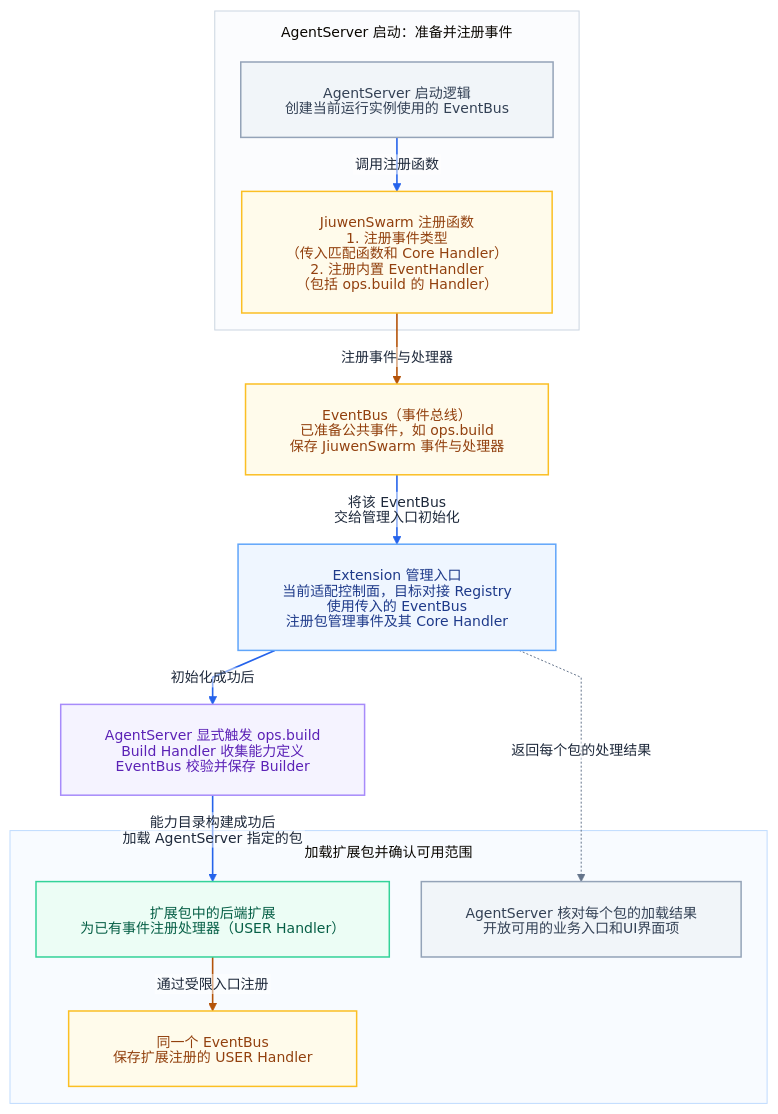
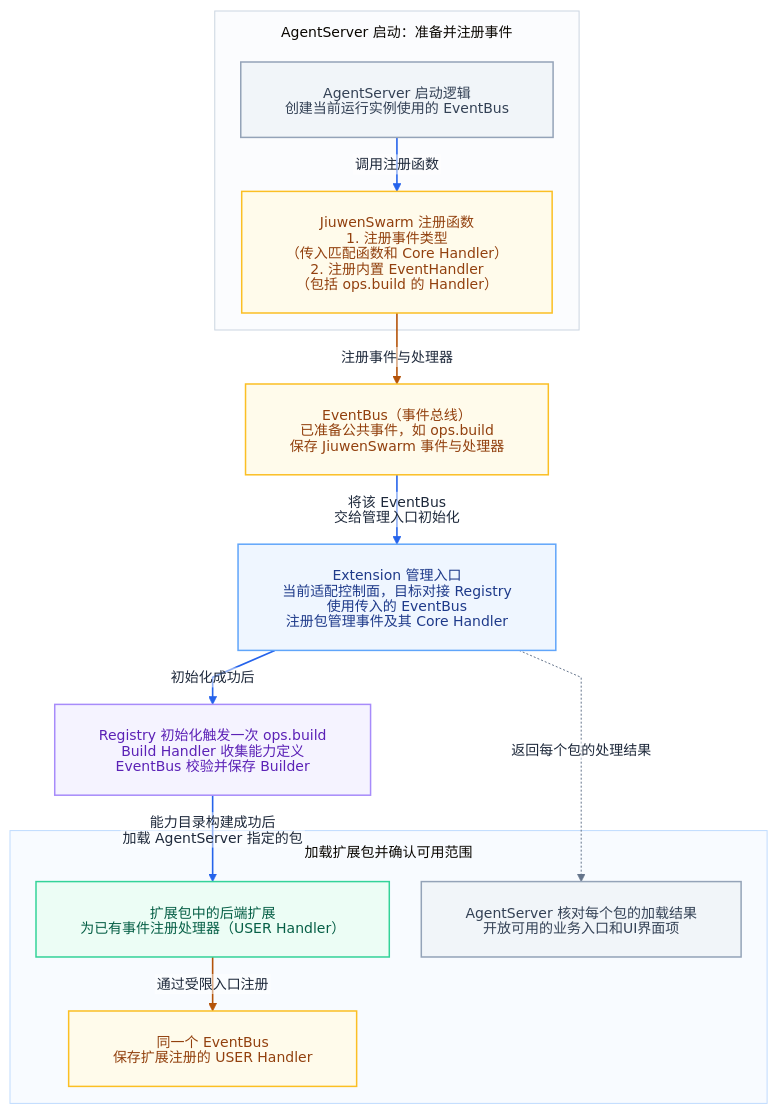
Before and after one commit to openJiuwen-ai/jiuwenswarm: the fifth of 12 diagrams in jiuwenswarm/extensions_v2/docs/designs/extensions-v2-architecture.md, drawn with Mermaid. The commit also changed other lines of this file and 14 other files, not shown here.

````diff
--- a/jiuwenswarm/extensions_v2/docs/designs/extensions-v2-architecture.md
+++ b/jiuwenswarm/extensions_v2/docs/designs/extensions-v2-architecture.md
@@ -264,48 +264,48 @@
 ```mermaid
 %%{init: {"theme":"base","htmlLabels":false,"themeVariables":{"fontFamily":"Microsoft YaHei, Noto Sans CJK SC, Arial, sans-serif","fontSize":"14px","lineColor":"#64748b","textColor":"#1e293b","primaryTextColor":"#1e293b","edgeLabelBackground":"#ffffff","clusterBkg":"#f8fafc","clusterBorder":"#cbd5e1"},"flowchart":{"htmlLabels":false,"curve":"linear","nodeSpacing":32,"rankSpacing":34,"padding":22,"useMaxWidth":true,"wrappingWidth":280,"subGraphTitleMargin":{"top":12,"bottom":22}},"fontSize":14}}%%
 flowchart TB
     subgraph PREPARE["AgentServer 启动：准备并注册事件"]
         LIFE["AgentServer 启动逻辑<br/>创建当前运行实例使用的 EventBus"]
         CATALOG["JiuwenSwarm 注册函数<br/>1. 注册事件类型<br/>（传入匹配函数和 Core Handler）<br/>2. 注册内置 EventHandler<br/>（包括 ops.build 的 Handler）"]
     end
 
     BUS["EventBus（事件总线）<br/>已准备公共事件，如 ops.build<br/>保存 JiuwenSwarm 事件与处理器"]
     REGISTRY["Extension 管理入口<br/>当前适配控制面，目标对接 Registry<br/>使用传入的 EventBus<br/>注册包管理事件及其 Core Handler"]
-    BUILD["AgentServer 显式触发 ops.build<br/>Build Handler 收集能力定义<br/>EventBus 校验并保存 Builder"]
+    BUILD["Registry 初始化触发一次 ops.build<br/>Build Handler 收集能力定义<br/>EventBus 校验并保存 Builder"]
 
     subgraph LOAD["加载扩展包并确认可用范围"]
         EXTENSION["扩展包中的后端扩展<br/>为已有事件注册处理器（USER Handler）"]
         USER_BUS["同一个 EventBus<br/>保存扩展注册的 USER Handler"]
         RESULT["AgentServer 核对每个包的加载结果<br/>开放可用的业务入口和UI界面项"]
     end
 
     LIFE -->|调用注册函数| CATALOG
     CATALOG -->|注册事件与处理器| BUS
     BUS -->|"将该 EventBus 交给管理入口初始化"| REGISTRY
     REGISTRY -->|初始化成功后| BUILD
     BUILD -->|能力目录构建成功后<br/>加载 AgentServer 指定的包| EXTENSION
     EXTENSION -->|通过受限入口注册| USER_BUS
     REGISTRY -.->|返回每个包的处理结果| RESULT
 
     classDef external fill:#f1f5f9,stroke:#94a3b8,color:#334155,stroke-width:1.5px;
     classDef flow fill:#eff6ff,stroke:#60a5fa,color:#1e3a8a,stroke-width:1.5px;
     classDef handler fill:#ecfdf5,stroke:#34d399,color:#065f46,stroke-width:1.5px;
     classDef config fill:#fffbeb,stroke:#fbbf24,color:#92400e,stroke-width:1.5px;
     classDef context fill:#ecfeff,stroke:#06b6d4,color:#155e75,stroke-width:1.5px;
     classDef ops fill:#f5f3ff,stroke:#a78bfa,color:#5b21b6,stroke-width:1.5px;
     classDef capability fill:#ecfdf5,stroke:#34d399,color:#065f46,stroke-width:1.5px;
     classDef resource fill:#f0fdfa,stroke:#5eead4,color:#115e59,stroke-width:1.5px;
     classDef verb fill:#fff7ed,stroke:#fb923c,color:#9a3412,stroke-width:1.5px;
 
     class LIFE external;
     class CATALOG config;
     class REGISTRY flow;
     class BUILD ops;
     class BUS,USER_BUS config;
     class EXTENSION handler;
     class RESULT external;
     style PREPARE fill:#fbfcfe,stroke:#cbd5e1,stroke-width:1px;
     style LOAD fill:#f8fbff,stroke:#bfdbfe,stroke-width:1px;
     linkStyle 0,2,3,4 stroke:#2563eb,stroke-width:1.6px;
     linkStyle 1,5 stroke:#b45309,stroke-width:1.6px;
 ```
````
